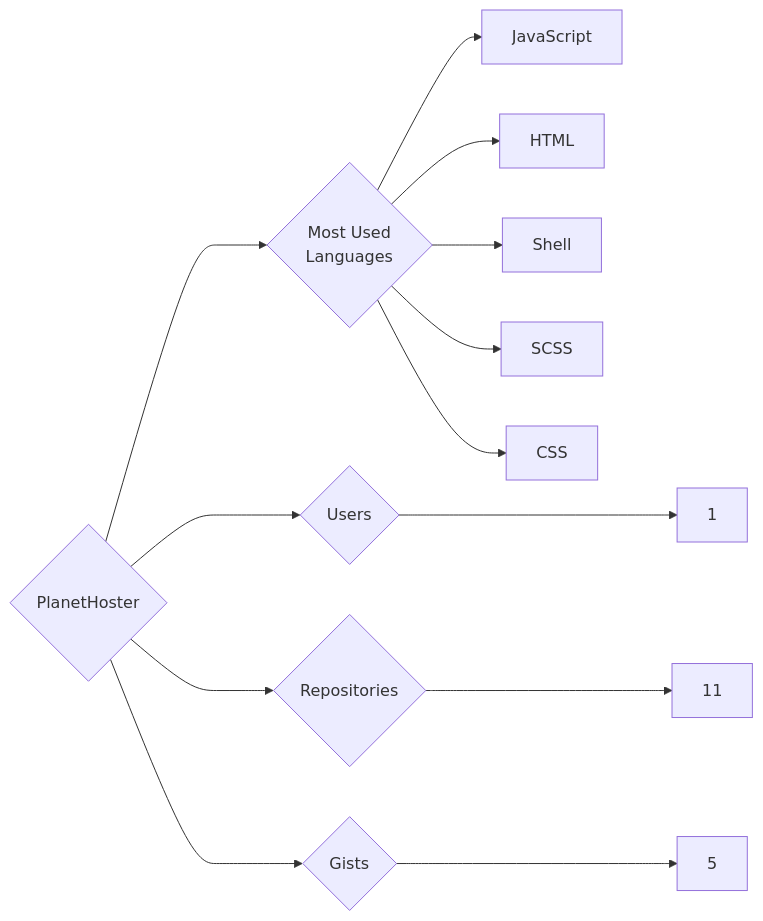
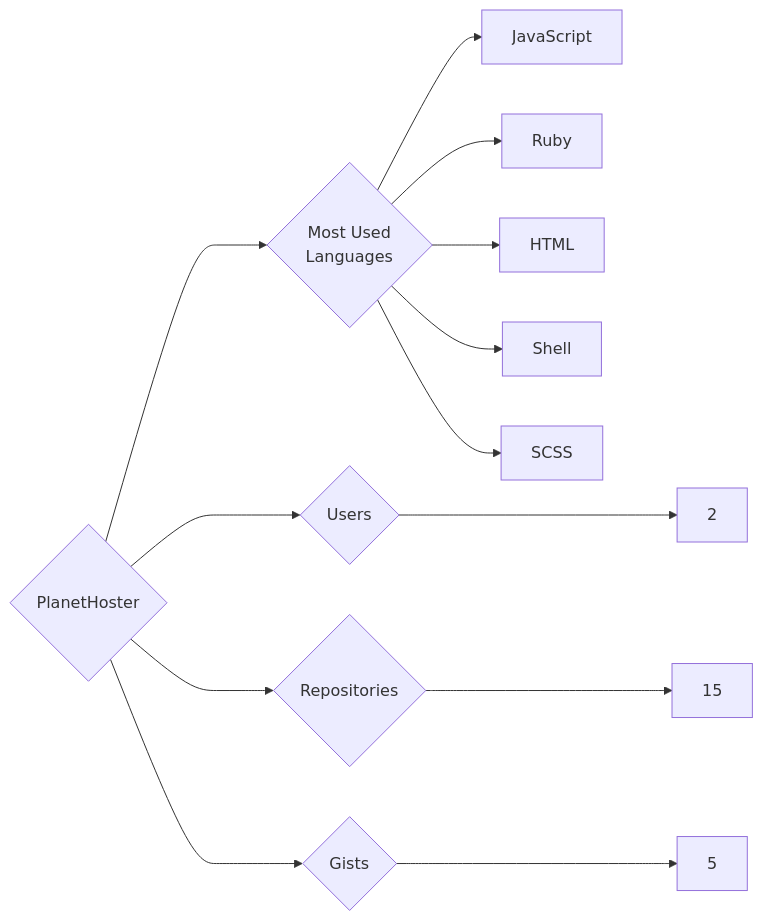
Before and after one commit to trickest/insiders: the diagram in targets/PlanetHoster/README.md, drawn with Mermaid. The commit also changed 833 other files, not shown here.

````diff
--- a/targets/PlanetHoster/README.md
+++ b/targets/PlanetHoster/README.md
@@ -3,13 +3,13 @@
 ```mermaid
 graph LR
 COMPANY_NAME{PlanetHoster}
-COMPANY_NAME ---> U{Users} ---> UN[1]
-COMPANY_NAME ---> R{Repositories} ---> RN[11]
+COMPANY_NAME ---> U{Users} ---> UN[2]
+COMPANY_NAME ---> R{Repositories} ---> RN[15]
 COMPANY_NAME ---> G{Gists} ---> GN[5]
 COMPANY_NAME ---> ML{Most Used<br>Languages}
 ML --> JavaScript[JavaScript]
+ML --> Ruby[Ruby]
 ML --> HTML[HTML]
 ML --> Shell[Shell]
 ML --> SCSS[SCSS]
-ML --> CSS[CSS]
 ```
````
